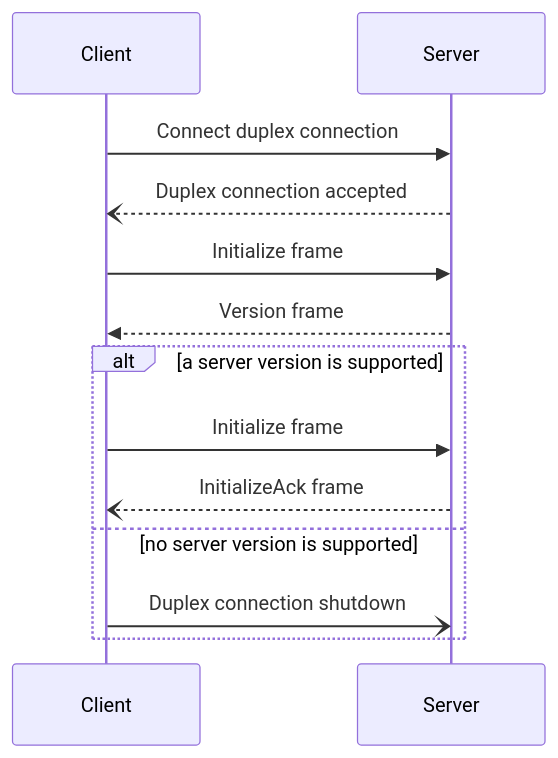
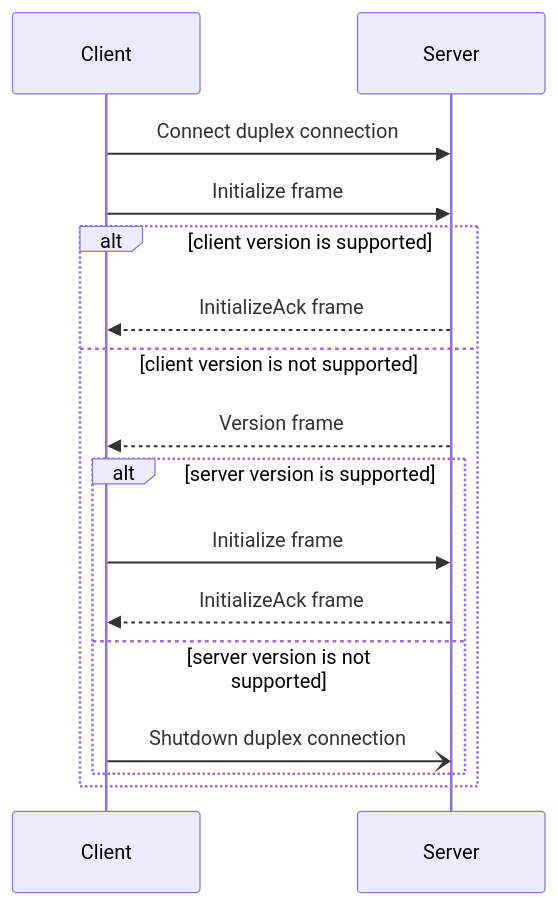
Before and after one commit to icerpc/icerpc-docs: the diagram in pages/icerpc-core/slic-protocol/connection-establishment.md, drawn with Mermaid. The commit also changed other lines of this file and 4 other files, not shown here.

````diff
--- a/pages/icerpc-core/slic-protocol/connection-establishment.md
+++ b/pages/icerpc-core/slic-protocol/connection-establishment.md
@@ -52,13 +43,16 @@
 ```mermaid
 sequenceDiagram
     Client->>Server: Connect duplex connection
-    Server--)Client: Duplex connection accepted
     Client->>Server: Initialize frame
-    Server-->>Client: Version frame
-    alt a server version is supported
-        Client->>Server: Initialize frame
-        Server--)Client: InitializeAck frame
-    else no server version is supported
-        Client-)Server: Duplex connection shutdown
+    alt client version is supported
+        Server-->>Client: InitializeAck frame
+    else client version is not supported
+        Server-->>Client: Version frame
+        alt server version is supported
+            Client->>Server: Initialize frame
+            Server-->>Client: InitializeAck frame
+        else server version is not supported
+            Client-)Server: Shutdown duplex connection
+        end
     end
 ```
````
